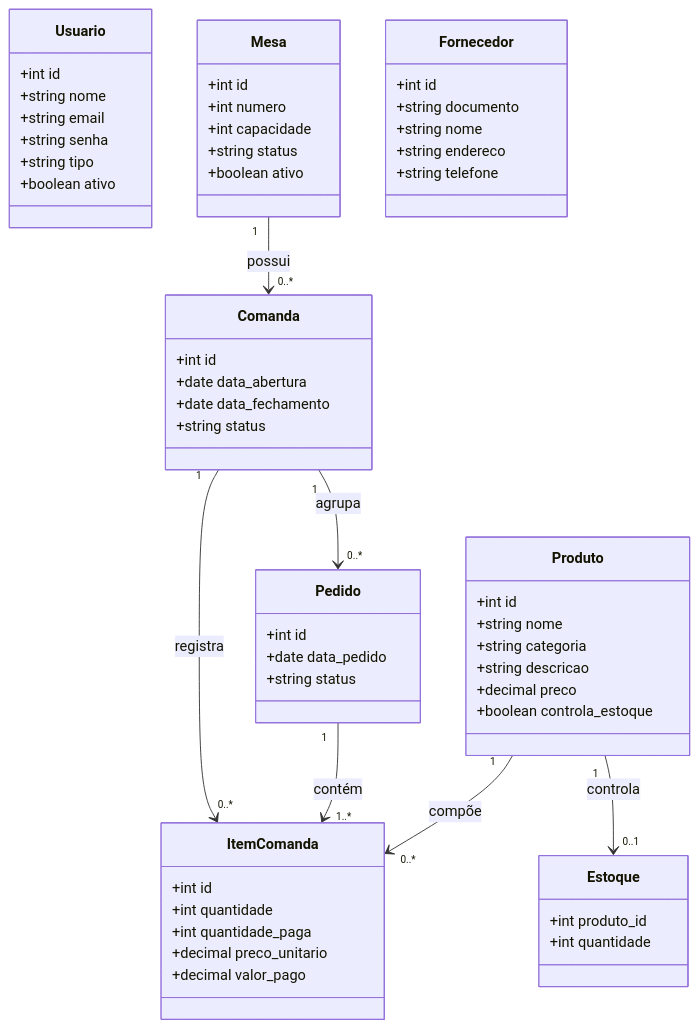
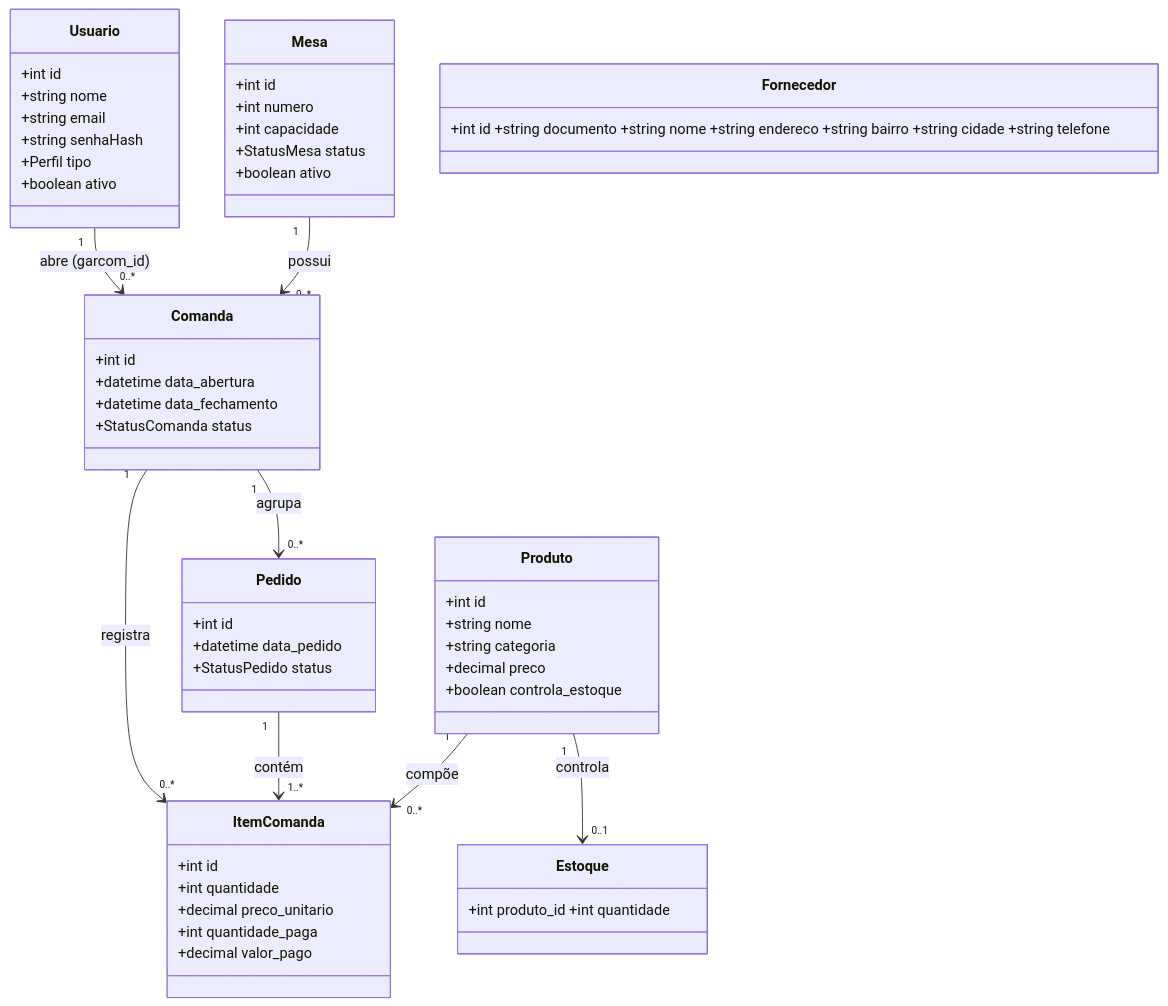
The first of 3 diagrams in README.md (FelpsAfonsoJS/DonCabron), drawn with Mermaid before and after one commit. The commit also changed other lines of this file and 24 other files, not shown here.

````diff
--- a/README.md
+++ b/README.md
@@ -87,62 +109,53 @@
 ```mermaid
 classDiagram
     class Usuario {
         +int id
         +string nome
         +string email
-        +string senha
-        +string tipo
+        +string senhaHash
+        +Perfil tipo
         +boolean ativo
     }
     class Mesa {
         +int id
         +int numero
         +int capacidade
-        +string status
+        +StatusMesa status
         +boolean ativo
     }
     class Comanda {
         +int id
-        +date data_abertura
-        +date data_fechamento
-        +string status
+        +datetime data_abertura
+        +datetime data_fechamento
+        +StatusComanda status
     }
     class Pedido {
         +int id
-        +date data_pedido
-        +string status
+        +datetime data_pedido
+        +StatusPedido status
     }
     class ItemComanda {
         +int id
         +int quantidade
+        +decimal preco_unitario
         +int quantidade_paga
-        +decimal preco_unitario
         +decimal valor_pago
     }
     class Produto {
         +int id
         +string nome
         +string categoria
-        +string descricao
         +decimal preco
         +boolean controla_estoque
     }
-    class Estoque {
-        +int produto_id
-        +int quantidade
-    }
-    class Fornecedor {
-        +int id
-        +string documento
-        +string nome
-        +string endereco
-        +string telefone
-    }
+    class Estoque { +int produto_id +int quantidade }
+    class Fornecedor { +int id +string documento +string nome +string endereco +string bairro +string cidade +string telefone }
 
+    Usuario "1" --> "0..*" Comanda : abre (garcom_id)
     Mesa "1" --> "0..*" Comanda : possui
     Comanda "1" --> "0..*" Pedido : agrupa
     Comanda "1" --> "0..*" ItemComanda : registra
     Pedido "1" --> "1..*" ItemComanda : contém
     Produto "1" --> "0..*" ItemComanda : compõe
     Produto "1" --> "0..1" Estoque : controla
 ```
````
